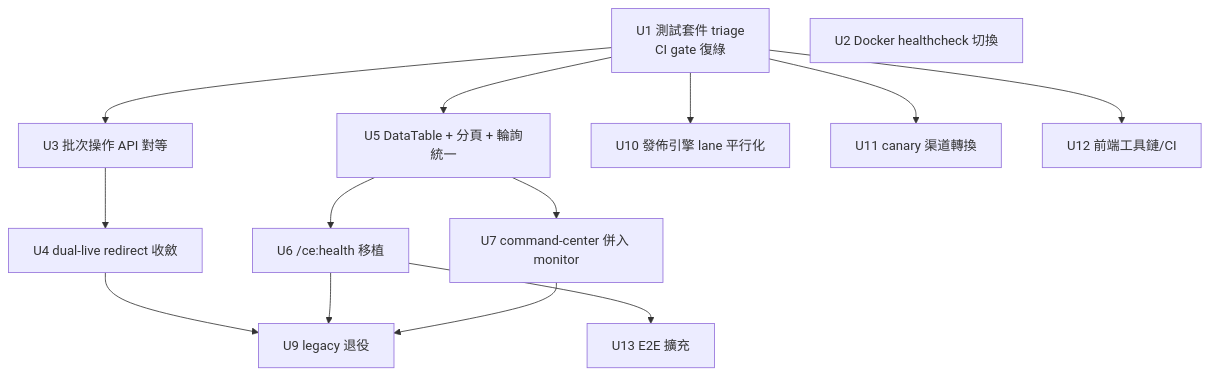
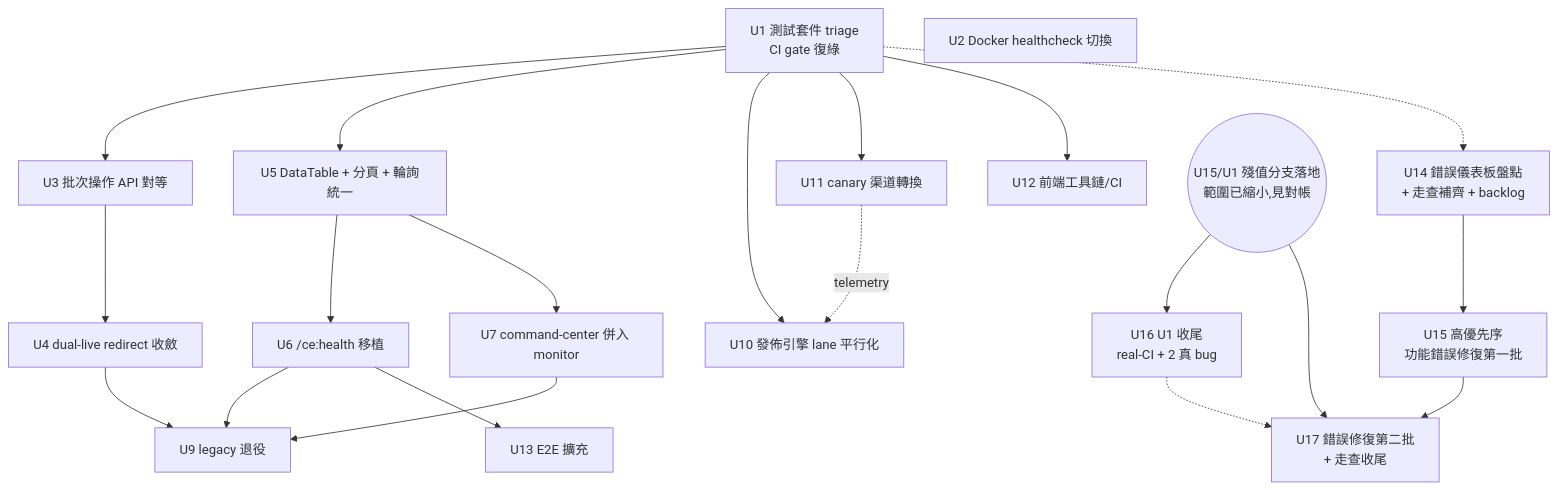
One commit to redredchen02-rgb/backlink-publisher changed the diagram in docs/plans/2026-07-02-001-opt-v060-uiux-pipeline-upgrade-plan.md. Above: the diagram before and after it, drawn with Mermaid. The commit also changed other lines of this file, not shown here.

First line of the commit message:
docs(plan): reconcile v0.6.0 plan against post-fleet-merge main; add U16/U17 for bug closeout

````diff
--- a/docs/plans/2026-07-02-001-opt-v060-uiux-pipeline-upgrade-plan.md
+++ b/docs/plans/2026-07-02-001-opt-v060-uiux-pipeline-upgrade-plan.md
@@ -185,19 +227,26 @@
 ```mermaid
 graph TB
     U1[U1 測試套件 triage<br/>CI gate 復綠] --> U3
     U1 --> U5
     U1 --> U10
     U1 --> U11
     U1 --> U12
     U2[U2 Docker healthcheck 切換] 
     U3[U3 批次操作 API 對等] --> U4[U4 dual-live redirect 收斂]
     U5[U5 DataTable + 分頁 + 輪詢統一] --> U6[U6 /ce:health 移植]
     U5 --> U7[U7 command-center 併入 monitor]
     U4 --> U9[U9 legacy 退役]
     U6 --> U9
     U7 --> U9
     U6 --> U13[U13 E2E 擴充]
     U10[U10 發佈引擎 lane 平行化]
     U11[U11 canary 渠道轉換]
     U12[U12 前端工具鏈/CI]
+    U14[U14 錯誤儀表板盤點<br/>+ 走查補齊 + backlog] --> U15[U15 高優先序<br/>功能錯誤修復第一批]
+    U1 -.-> U14
+    U0((U15/U1 殘值分支落地<br/>範圍已縮小,見對帳)) --> U16[U16 U1 收尾<br/>real-CI + 2 真 bug]
+    U0 --> U17[U17 錯誤修復第二批<br/>+ 走查收尾]
+    U15 --> U17
+    U16 -.-> U17
+    U11 -.->|telemetry| U10
 ```
````
